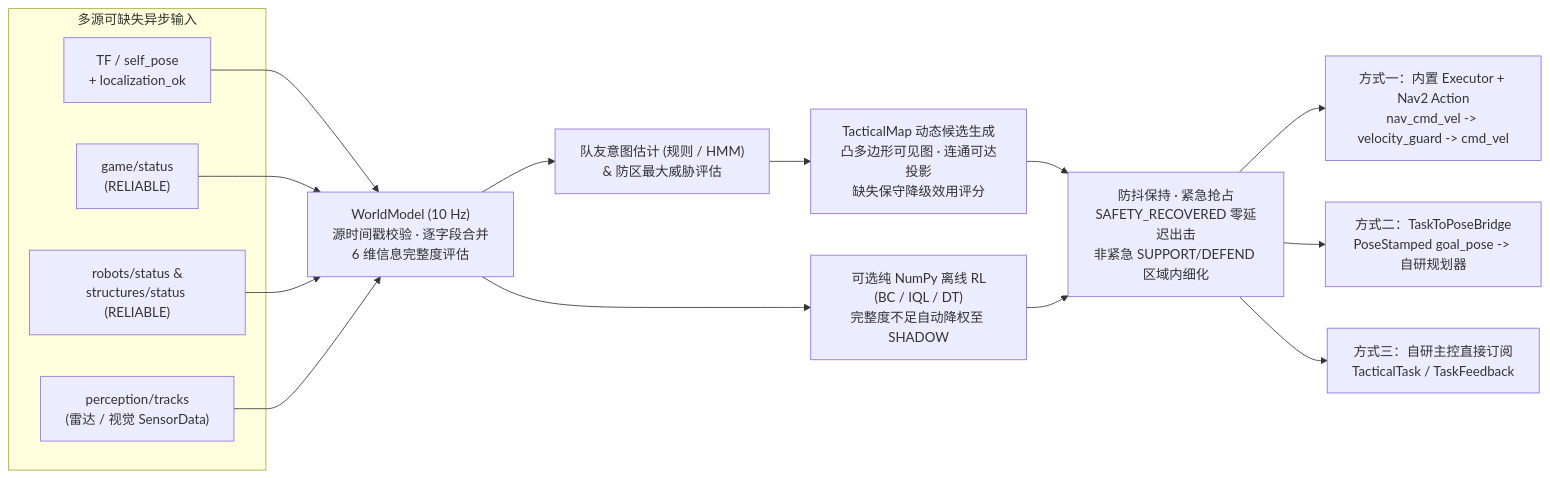
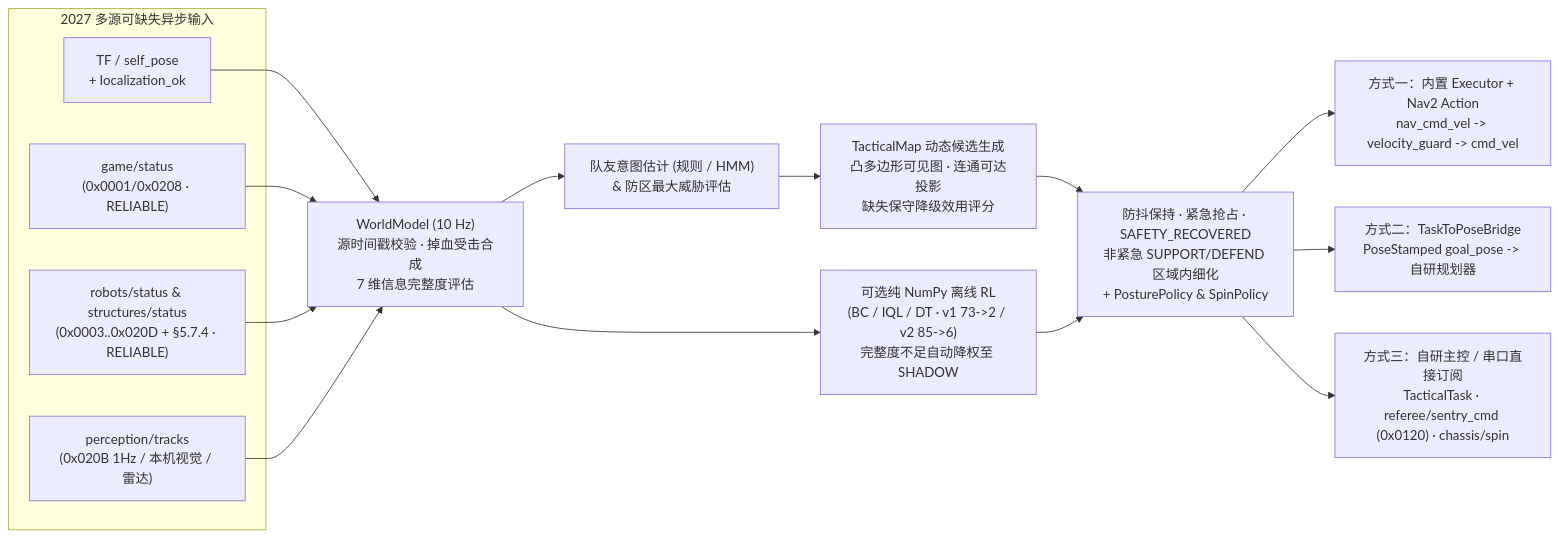
Before and after one commit to yelle233/SentryWeave: the diagram in README.md, drawn with Mermaid. The commit also changed other lines of this file and 9 other files, not shown here.

Commit message:
docs: document RMUC 2027 referee/radar boundary, posture 0x0120, reactive spin and RL v2

````diff
--- a/README.md
+++ b/README.md
@@ -79,18 +81,18 @@
 ```mermaid
 flowchart LR
-  subgraph Inputs["多源可缺失异步输入"]
+  subgraph Inputs["2027 多源可缺失异步输入"]
     Loc["TF / self_pose<br>+ localization_ok"]
-    Game["game/status<br>(RELIABLE)"]
-    Rob["robots/status &<br>structures/status (RELIABLE)"]
-    Radar["perception/tracks<br>(雷达 / 视觉 SensorData)"]
+    Game["game/status<br>(0x0001/0x0208 · RELIABLE)"]
+    Rob["robots/status & structures/status<br>(0x0003..0x020D + §5.7.4 · RELIABLE)"]
+    Radar["perception/tracks<br>(0x020B 1Hz / 本机视觉 / 雷达)"]
   end
 
-  Loc & Game & Rob & Radar --> WM["WorldModel (10 Hz)<br>源时间戳校验 · 逐字段合并<br>6 维信息完整度评估"]
+  Loc & Game & Rob & Radar --> WM["WorldModel (10 Hz)<br>源时间戳校验 · 掉血受击合成<br>7 维信息完整度评估"]
   WM --> Ctx["队友意图估计 (规则 / HMM)<br>& 防区最大威胁评估"]
   Ctx --> Cand["TacticalMap 动态候选生成<br>凸多边形可见图 · 连通可达投影<br>缺失保守降级效用评分"]
-  WM --> RL["可选纯 NumPy 离线 RL<br>(BC / IQL / DT)<br>完整度不足自动降权至 SHADOW"]
-  Cand & RL --> Arb["防抖保持 · 紧急抢占<br>SAFETY_RECOVERED 零延迟出击<br>非紧急 SUPPORT/DEFEND 区域内细化"]
+  WM --> RL["可选纯 NumPy 离线 RL<br>(BC / IQL / DT · v1 73->2 / v2 85->6)<br>完整度不足自动降权至 SHADOW"]
+  Cand & RL --> Arb["防抖保持 · 紧急抢占 · SAFETY_RECOVERED<br>非紧急 SUPPORT/DEFEND 区域内细化<br>+ PosturePolicy & SpinPolicy"]
   Arb --> Out1["方式一：内置 Executor + Nav2 Action<br>nav_cmd_vel -> velocity_guard -> cmd_vel"]
   Arb --> Out2["方式二：TaskToPoseBridge<br>PoseStamped goal_pose -> 自研规划器"]
-  Arb --> Out3["方式三：自研主控直接订阅<br>TacticalTask / TaskFeedback"]
+  Arb --> Out3["方式三：自研主控 / 串口直接订阅<br>TacticalTask · referee/sentry_cmd (0x0120) · chassis/spin"]
 ```
````
